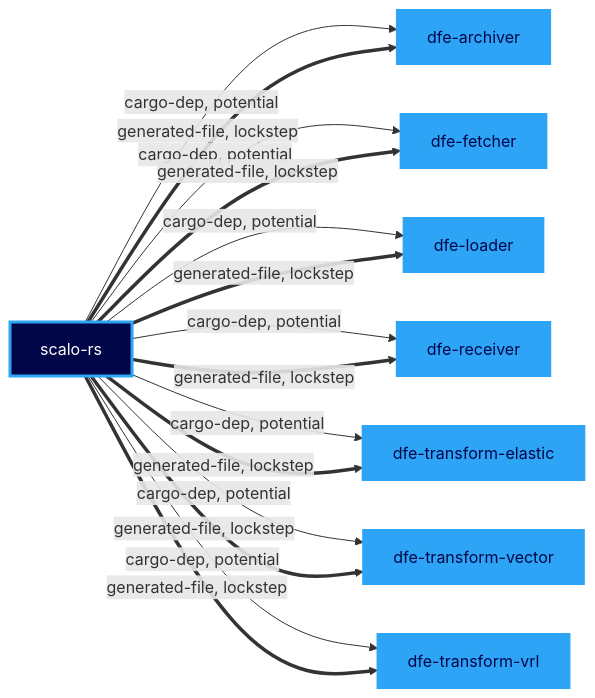
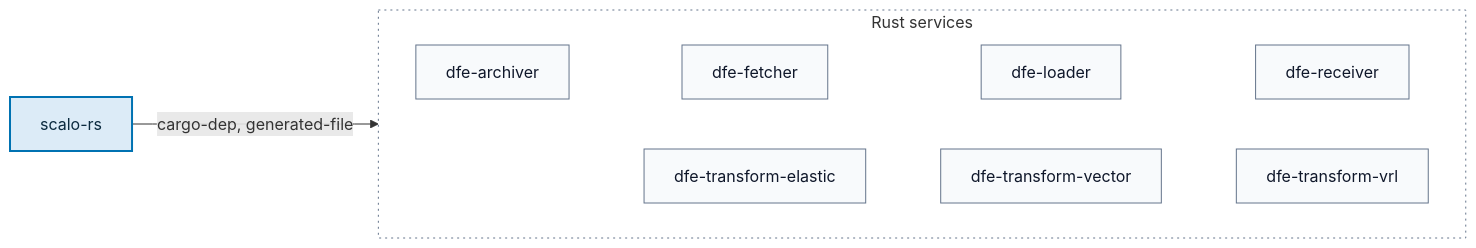
One commit to hyperi-io/dfe-infra changed the third of 19 diagrams in docs/suite-graph.md. Above: the diagram before and after it, drawn with Mermaid. The commit also changed other lines of this file and 5 other files, not shown here.

First line of the commit message:
fix(suite-graph): draw the suite diagrams to the diagram standard

````diff
--- a/docs/suite-graph.md
+++ b/docs/suite-graph.md
@@ -106,27 +143,27 @@
 ```mermaid
 flowchart LR
-  scalo_rs["scalo-rs"]:::producer
-  dfe_archiver["dfe-archiver"]:::suite
-  scalo_rs -->|cargo-dep, potential| dfe_archiver
-  scalo_rs ==>|generated-file, lockstep| dfe_archiver
-  dfe_fetcher["dfe-fetcher"]:::suite
-  scalo_rs -->|cargo-dep, potential| dfe_fetcher
-  scalo_rs ==>|generated-file, lockstep| dfe_fetcher
-  dfe_loader["dfe-loader"]:::suite
-  scalo_rs -->|cargo-dep, potential| dfe_loader
-  scalo_rs ==>|generated-file, lockstep| dfe_loader
-  dfe_receiver["dfe-receiver"]:::suite
-  scalo_rs -->|cargo-dep, potential| dfe_receiver
-  scalo_rs ==>|generated-file, lockstep| dfe_receiver
-  dfe_transform_elastic["dfe-transform-elastic"]:::suite
-  scalo_rs -->|cargo-dep, potential| dfe_transform_elastic
-  scalo_rs ==>|generated-file, lockstep| dfe_transform_elastic
-  dfe_transform_vector["dfe-transform-vector"]:::suite
-  scalo_rs -->|cargo-dep, potential| dfe_transform_vector
-  scalo_rs ==>|generated-file, lockstep| dfe_transform_vector
-  dfe_transform_vrl["dfe-transform-vrl"]:::suite
-  scalo_rs -->|cargo-dep, potential| dfe_transform_vrl
-  scalo_rs ==>|generated-file, lockstep| dfe_transform_vrl
-  classDef suite fill:#2EA4F6,stroke:#2EA4F6,stroke-width:2px,color:#000647
-  classDef producer fill:#000647,stroke:#2EA4F6,stroke-width:3px,color:#FFFFFF
+    accTitle: L4 Detail -- scalo-rs build cycle
+    accDescr: A scalo-rs release puts 7 consumers in motion. dfe-archiver, dfe-fetcher, dfe-loader, dfe-receiver, dfe-transform-elastic, dfe-transform-vector and dfe-transform-vrl take cargo-dep and generated-file.
+
+    scalo_rs["scalo-rs"]
+    subgraph rust_services["Rust services"]
+        direction LR
+        dfe_archiver["dfe-archiver"]
+        dfe_fetcher["dfe-fetcher"]
+        dfe_loader["dfe-loader"]
+        dfe_receiver["dfe-receiver"]
+        dfe_transform_elastic["dfe-transform-elastic"]
+        dfe_transform_vector["dfe-transform-vector"]
+        dfe_transform_vrl["dfe-transform-vrl"]
+        dfe_archiver ~~~ dfe_fetcher ~~~ dfe_loader ~~~ dfe_receiver
+        dfe_transform_elastic ~~~ dfe_transform_vector ~~~ dfe_transform_vrl
+    end
+
+    scalo_rs -->|cargo-dep, generated-file| rust_services
+
+    classDef default fill:#F8FAFC,stroke:#64748B,stroke-width:1px,color:#0F172A
+    classDef core fill:#DCEBF7,stroke:#0072B2,stroke-width:2px,color:#0B2A3F
+    classDef group fill:none,stroke:#64748B,stroke-width:1px,stroke-dasharray:2 4
+    class scalo_rs core
+    class rust_services group
 ```
````
